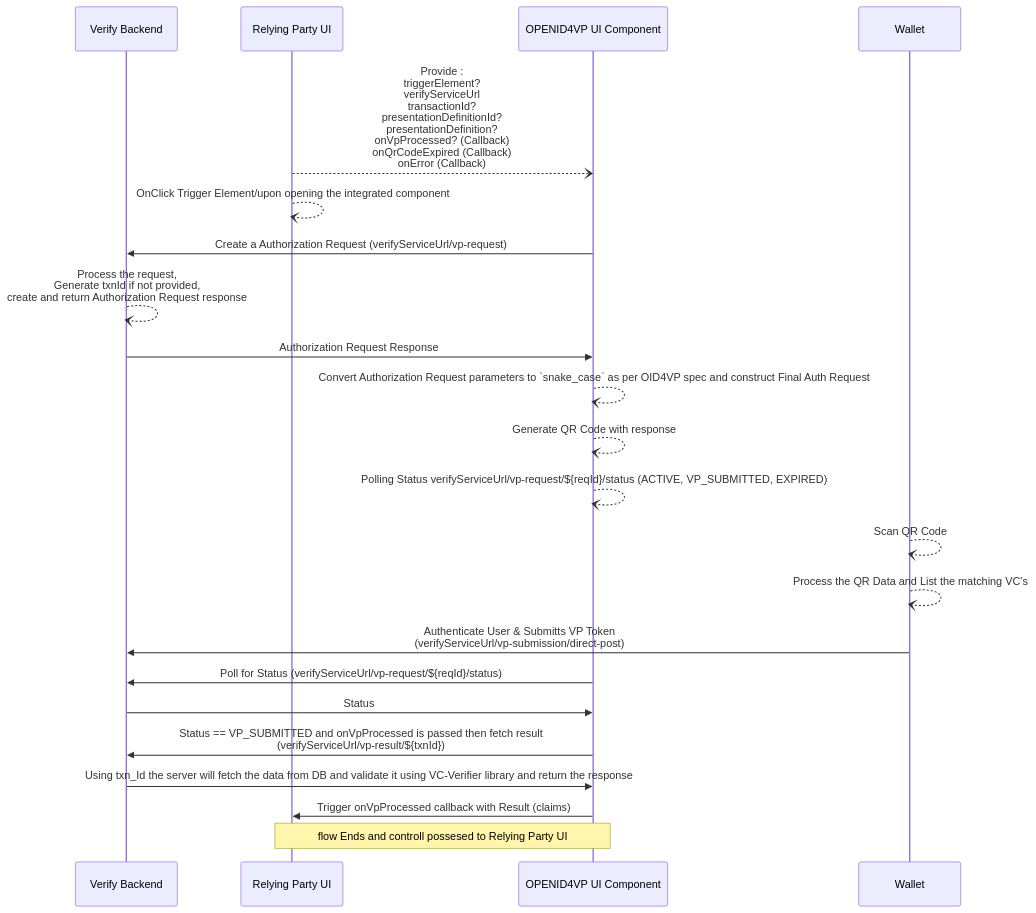
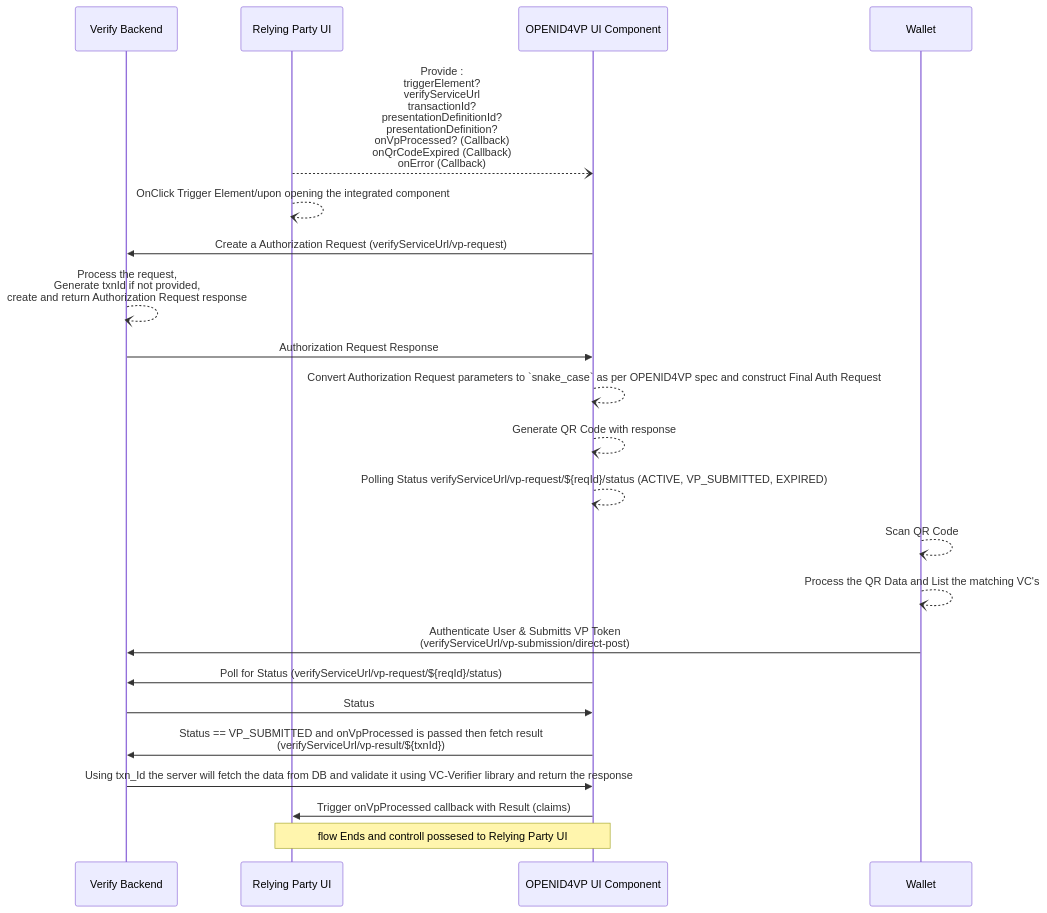
One commit to mosip/inji-verify changed the first of 4 diagrams in docs/InjiVerifySDKOpenID4VP.md. Above: the diagram before and after it, drawn with Mermaid. The commit also changed 1 other file, not shown here.

Commit message:
update release documentation

````diff
--- a/docs/InjiVerifySDKOpenID4VP.md
+++ b/docs/InjiVerifySDKOpenID4VP.md
@@ -6,25 +6,25 @@
 ```mermaid 
 sequenceDiagram
     participant Verify Backend
     participant Relying Party UI
     participant OPENID4VP UI Component
     participant Wallet
     
      Relying Party UI--)OPENID4VP UI Component: Provide : <br> triggerElement? <br> verifyServiceUrl <br> transactionId? <br>  presentationDefinitionId? <br> presentationDefinition? <br> onVpProcessed? (Callback) <br> onQrCodeExpired (Callback) <br> onError (Callback) 
     Relying Party UI--)Relying Party UI: OnClick Trigger Element/upon opening the integrated component
     OPENID4VP UI Component->>Verify Backend: Create a Authorization Request (verifyServiceUrl/vp-request) 
     Verify Backend--)Verify Backend: Process the request,<br> Generate txnId if not provided, <br> create and return Authorization Request response
     Verify Backend->>OPENID4VP UI Component: Authorization Request Response
-    OPENID4VP UI Component--)OPENID4VP UI Component: Convert Authorization Request parameters to `snake_case` as per OID4VP spec and construct Final Auth Request
+    OPENID4VP UI Component--)OPENID4VP UI Component: Convert Authorization Request parameters to `snake_case` as per OPENID4VP spec and construct Final Auth Request
     OPENID4VP UI Component--)OPENID4VP UI Component: Generate QR Code with response
     OPENID4VP UI Component--)OPENID4VP UI Component: Polling Status verifyServiceUrl/vp-request/${reqId}/status (ACTIVE, VP_SUBMITTED, EXPIRED)
     Wallet--)Wallet: Scan QR Code
     Wallet--)Wallet: Process the QR Data and List the matching VC's
     Wallet->>Verify Backend: Authenticate User & Submitts VP Token <br> (verifyServiceUrl/vp-submission/direct-post)
     OPENID4VP UI Component->>Verify Backend: Poll for Status (verifyServiceUrl/vp-request/${reqId}/status)
     Verify Backend->>OPENID4VP UI Component: Status
     OPENID4VP UI Component->>Verify Backend: Status == VP_SUBMITTED and onVpProcessed is passed then fetch result <br> (verifyServiceUrl/vp-result/${txnId})
     Verify Backend->>OPENID4VP UI Component: Using txn_Id the server will fetch the data from DB and validate it using VC-Verifier library and return the response
     OPENID4VP UI Component->>Relying Party UI: Trigger onVpProcessed callback with Result (claims)
     Note over OPENID4VP UI Component,Relying Party UI: flow Ends and controll possesed to Relying Party UI
 ```
````
